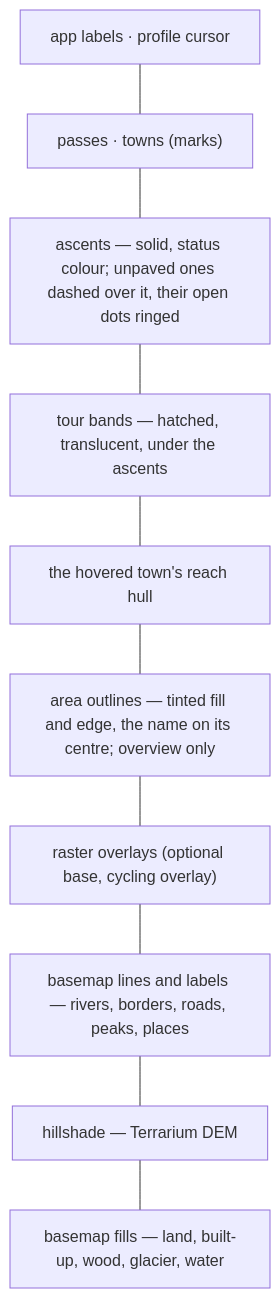
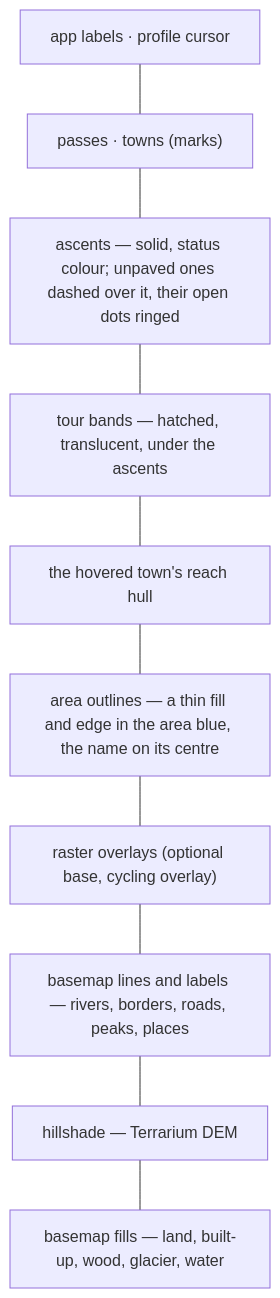
Before and after one commit to mdugue/alpen: the first of 4 diagrams in docs/map-rendering.md, drawn with Mermaid. The commit also changed other lines of this file and 7 other files, not shown here.

````diff
--- a/docs/map-rendering.md
+++ b/docs/map-rendering.md
@@ -168,14 +168,14 @@
 ```mermaid
 flowchart TB
   L9["app labels · profile cursor"]
   L8["passes · towns (marks)"]
   L7["ascents — solid, status colour; unpaved ones dashed over it, their open dots ringed"]
   L6["tour bands — hatched, translucent, under the ascents"]
   L5["the hovered town's reach hull"]
-  L45["area outlines — tinted fill and edge, the name on its centre; overview only"]
+  L45["area outlines — a thin fill and edge in the area blue, the name on its centre"]
   L4["raster overlays (optional base, cycling overlay)"]
   L3["basemap lines and labels — rivers, borders, roads, peaks, places"]
   L2["hillshade — Terrarium DEM"]
   L1["basemap fills — land, built-up, wood, glacier, water"]
   L9 --- L8 --- L7 --- L6 --- L5 --- L45 --- L4 --- L3 --- L2 --- L1
 ```
````
